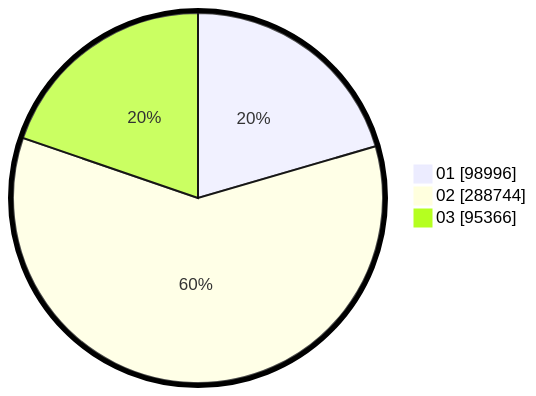
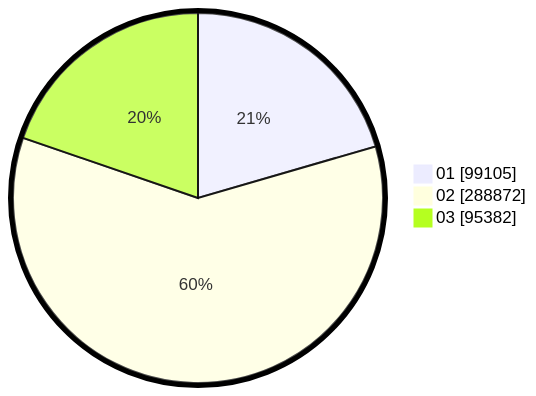
Before and after one commit to gigit-pemilu/pemilu-2024: the second of 2 diagrams in pilpres/hitung-suara/sub/table-wilayah-99.md, drawn with Mermaid. The commit also changed other lines of this file and 8 other files, not shown here.

````diff
--- a/pilpres/hitung-suara/sub/table-wilayah-99.md
+++ b/pilpres/hitung-suara/sub/table-wilayah-99.md
@@ -15,7 +15,7 @@
 ```mermaid
 %%{init: {"pie": {"textPosition": 0.5}, "themeVariables": {"pieOuterStrokeWidth": "5px"}} }%%
 pie showData
-    "01" : 98996
-    "02" : 288744
-    "03" : 95366
+    "01" : 99105
+    "02" : 288872
+    "03" : 95382
 ```
````
